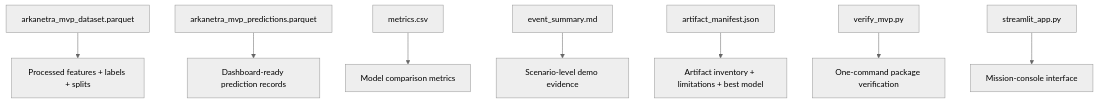
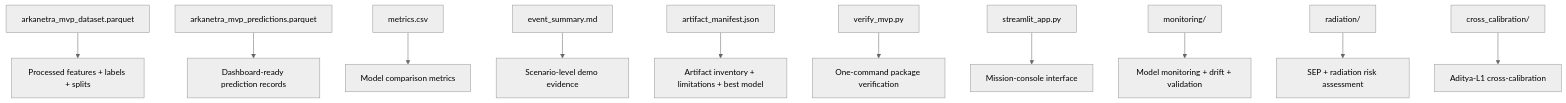
Before and after one commit to RavaniRoshan/arka-netra: the ninth of 13 diagrams in explanation.md, drawn with Mermaid (neutral theme). The commit also changed other lines of this file and 11 other files, not shown here.

````diff
--- a/explanation.md
+++ b/explanation.md
@@ -238,10 +253,13 @@
 ```mermaid
 flowchart TD
     Dataset["arkanetra_mvp_dataset.parquet"] --> Meaning1["Processed features + labels + splits"]
     Predictions["arkanetra_mvp_predictions.parquet"] --> Meaning2["Dashboard-ready prediction records"]
     Metrics["metrics.csv"] --> Meaning3["Model comparison metrics"]
     EventSummary["event_summary.md"] --> Meaning4["Scenario-level demo evidence"]
     Manifest["artifact_manifest.json"] --> Meaning5["Artifact inventory + limitations + best model"]
     Verify["verify_mvp.py"] --> Meaning6["One-command package verification"]
     Dashboard["streamlit_app.py"] --> Meaning7["Mission-console interface"]
+    Monitoring["monitoring/"] --> Meaning8["Model monitoring + drift + validation"]
+    Radiation["radiation/"] --> Meaning9["SEP + radiation risk assessment"]
+    CrossCalibration["cross_calibration/"] --> Meaning10["Aditya-L1 cross-calibration"]
 ```
````
